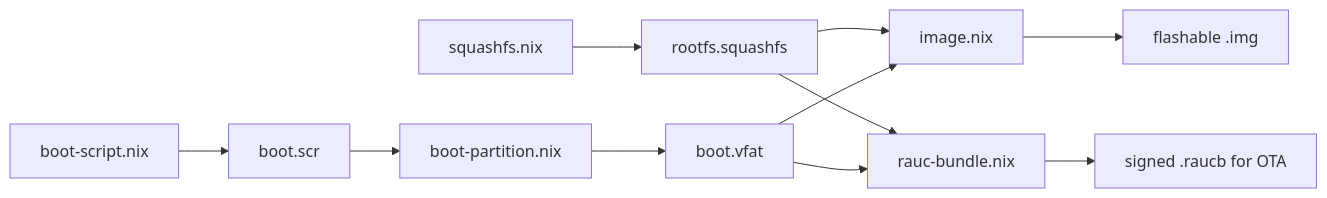
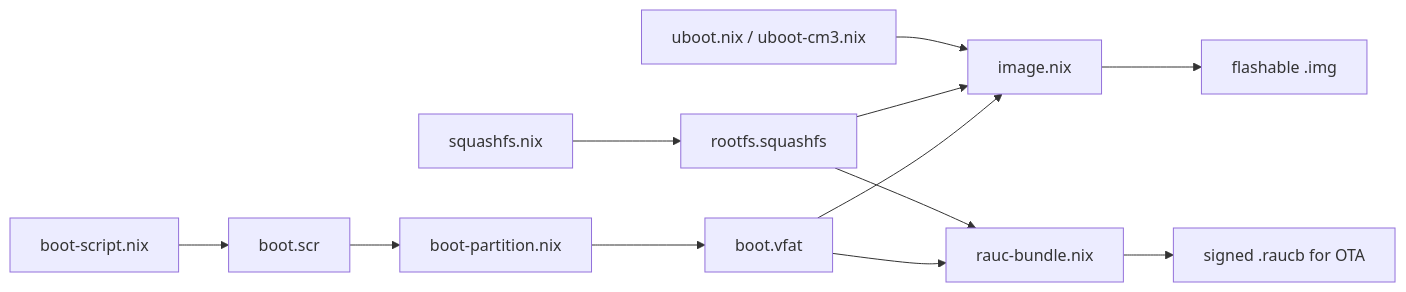
Before and after one commit to RobertDeRose/atomixos: the diagram in docs/src/code-reference/derivations.md, drawn with Mermaid. The commit also changed other lines of this file and 103 other files, not shown here.

````diff
--- a/docs/src/code-reference/derivations.md
+++ b/docs/src/code-reference/derivations.md
@@ -9,15 +13,16 @@
 ```mermaid
 flowchart LR
     SQUASHFS["squashfs.nix"] --> ROOTFS["rootfs.squashfs"]
     BOOTSCRIPT["boot-script.nix"] --> BOOTSCR["boot.scr"]
     BOOTSCR --> BOOTPARTITION["boot-partition.nix"]
     BOOTPARTITION --> BOOTVFAT["boot.vfat"]
+    UBOOT["uboot.nix / uboot-cm3.nix"] --> IMAGE
 
     ROOTFS --> IMAGE["image.nix"]
     BOOTVFAT --> IMAGE
     IMAGE --> IMGOUT["flashable .img"]
 
     ROOTFS --> RAUCBUNDLE["rauc-bundle.nix"]
     BOOTVFAT --> RAUCBUNDLE
     RAUCBUNDLE --> BUNDLEOUT["signed .raucb for OTA"]
 ```
````
